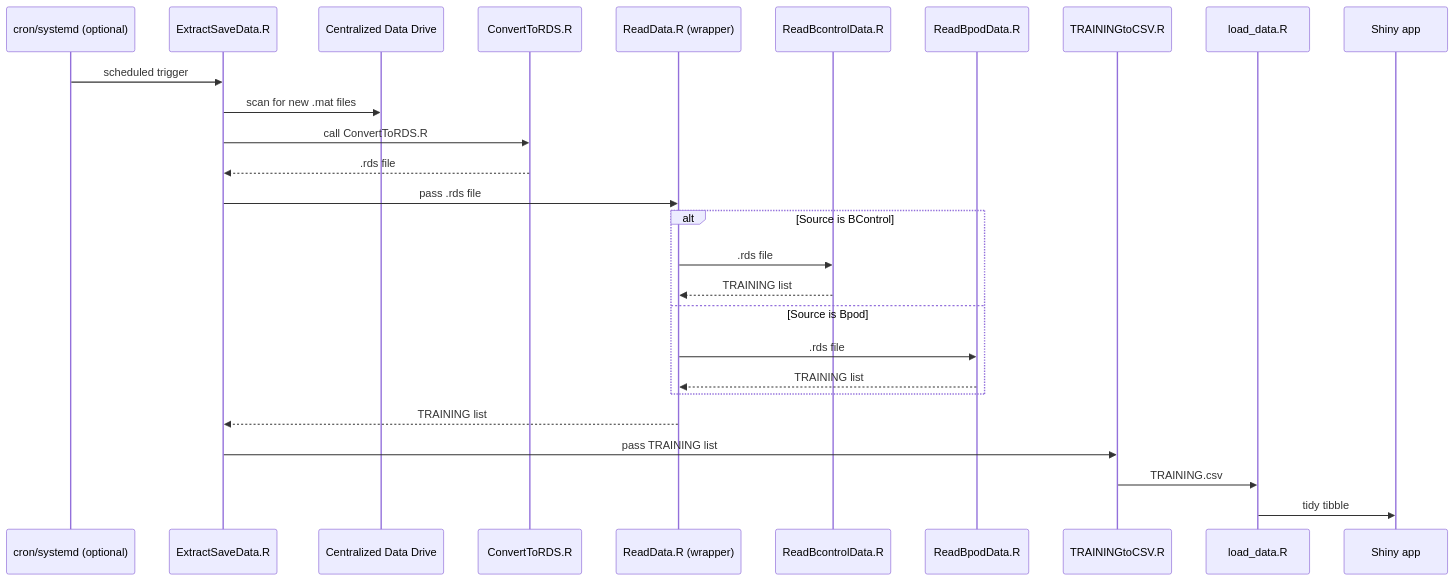
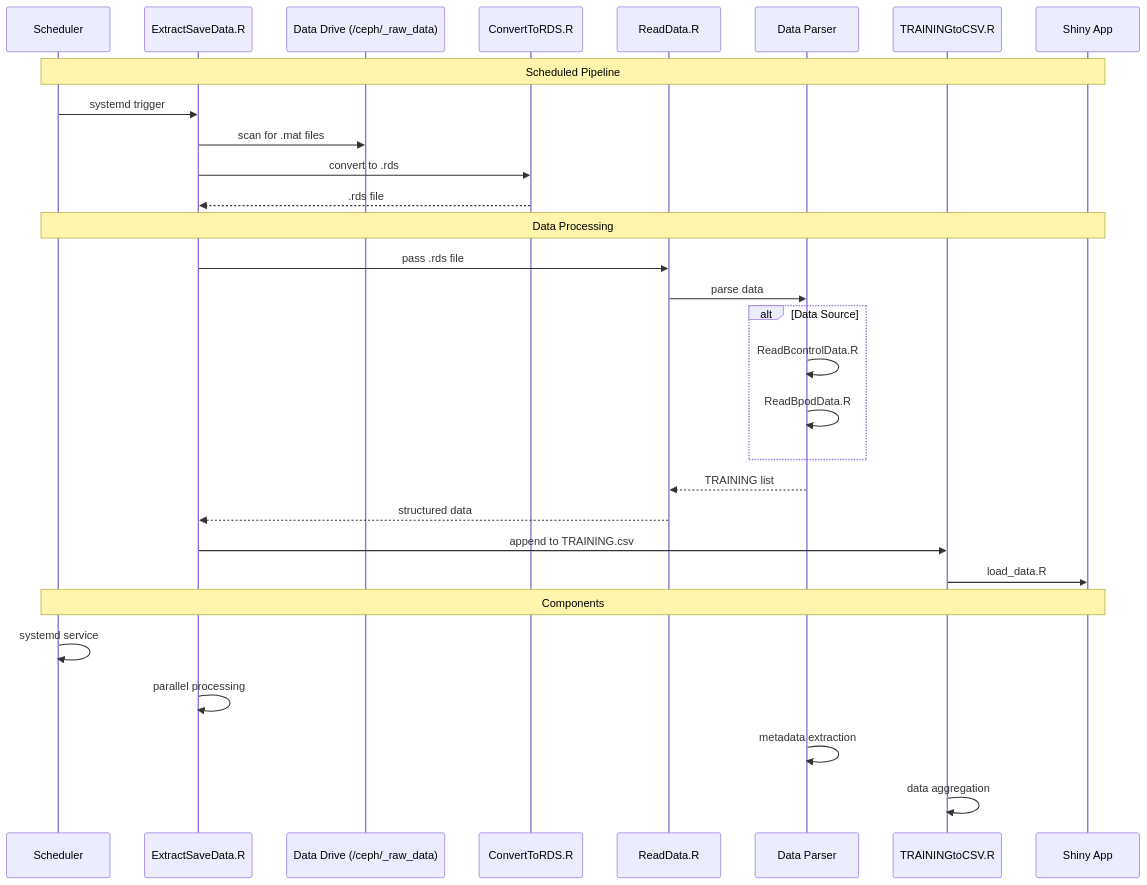
Before and after one commit to LIMLabSWC/shiny-performance-tracking: the first of 2 diagrams in docs/architecture.md, drawn with Mermaid. The commit also changed other lines of this file, not shown here.

Commit message:
adding shiny app mermaid diagram

````diff
--- a/docs/architecture.md
+++ b/docs/architecture.md
@@ -27,32 +27,37 @@
 ```mermaid
 sequenceDiagram
-    participant Cron as cron/systemd (optional)
+    participant Cron as Scheduler
     participant Extract as ExtractSaveData.R
-    participant Drive as Centralized Data Drive
+    participant Drive as Data Drive (/ceph/_raw_data)
     participant Convert as ConvertToRDS.R
-    participant ReadData as ReadData.R (wrapper)
-    participant Bcontrol as ReadBcontrolData.R
-    participant Bpod as ReadBpodData.R
+    participant ReadData as ReadData.R
+    participant Parser as Data Parser
     participant CSV as TRAININGtoCSV.R
-    participant Loader as load_data.R
-    participant App as Shiny app
+    participant App as Shiny App
 
-    Cron->>Extract: scheduled trigger
-    Extract->>Drive: scan for new .mat files
-    Extract->>Convert: call ConvertToRDS.R
+    Note over Cron,App: Scheduled Pipeline
+    Cron->>Extract: systemd trigger
+    Extract->>Drive: scan for .mat files
+    Extract->>Convert: convert to .rds
     Convert-->>Extract: .rds file
+
+    Note over Cron,App: Data Processing
     Extract->>ReadData: pass .rds file
+    ReadData->>Parser: parse data
 
-    alt Source is BControl
-        ReadData->>Bcontrol: .rds file
-        Bcontrol-->>ReadData: TRAINING list
-    else Source is Bpod
-        ReadData->>Bpod: .rds file
-        Bpod-->>ReadData: TRAINING list
+    alt Data Source
+        Parser->>Parser: ReadBcontrolData.R
+        Parser->>Parser: ReadBpodData.R
     end
 
-    ReadData-->>Extract: TRAINING list
-    Extract->>CSV: pass TRAINING list
-    CSV->>Loader: TRAINING.csv
-    Loader->>App: tidy tibble
+    Parser-->>ReadData: TRAINING list
+    ReadData-->>Extract: structured data
+    Extract->>CSV: append to TRAINING.csv
+    CSV->>App: load_data.R
+
+    Note over Cron,App: Components
+    Cron->>Cron: systemd service
+    Extract->>Extract: parallel processing
+    Parser->>Parser: metadata extraction
+    CSV->>CSV: data aggregation
 ```
````
